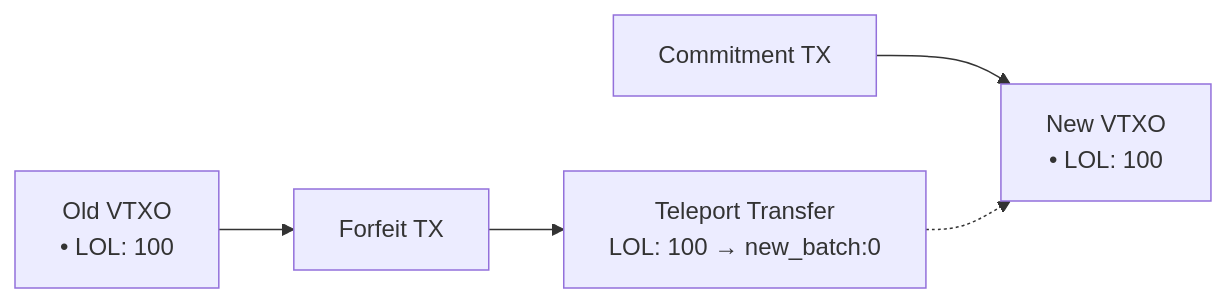
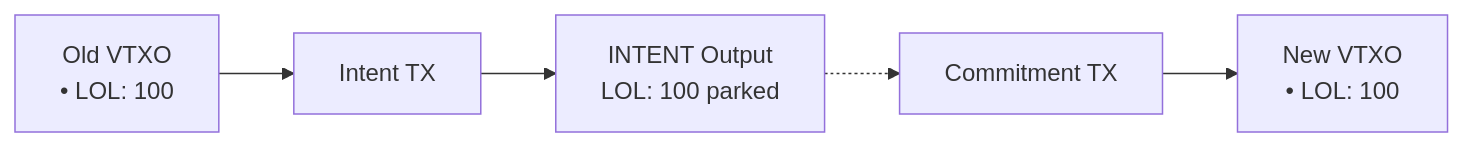
Before and after one commit to ArkLabsHQ/arkade-assets: the diagram in arkade-assets.md, drawn with Mermaid. The commit also changed other lines of this file and 4 other files, not shown here.

````diff
--- a/arkade-assets.md
+++ b/arkade-assets.md
@@ -436,7 +437,7 @@
 ```mermaid
 graph LR
-    A[Old VTXO<br/>• LOL: 100] --> B[Forfeit TX]
-    B --> C[Teleport Transfer<br/>LOL: 100 → new_batch:0]
+    A[Old VTXO<br/>• LOL: 100] --> B[Intent TX]
+    B --> C[INTENT Output<br/>LOL: 100 parked]
     D[Commitment TX] --> E[New VTXO<br/>• LOL: 100]
-    C -.-> E
+    C -.-> D
 ```
````
